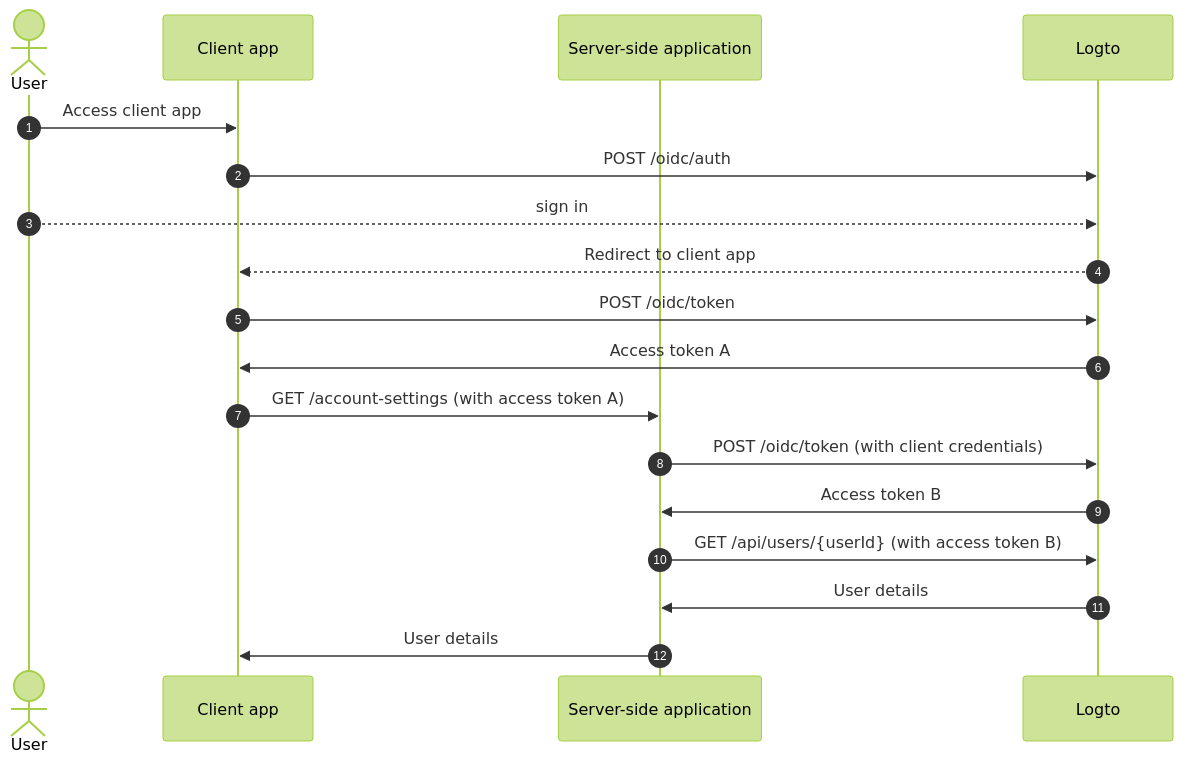
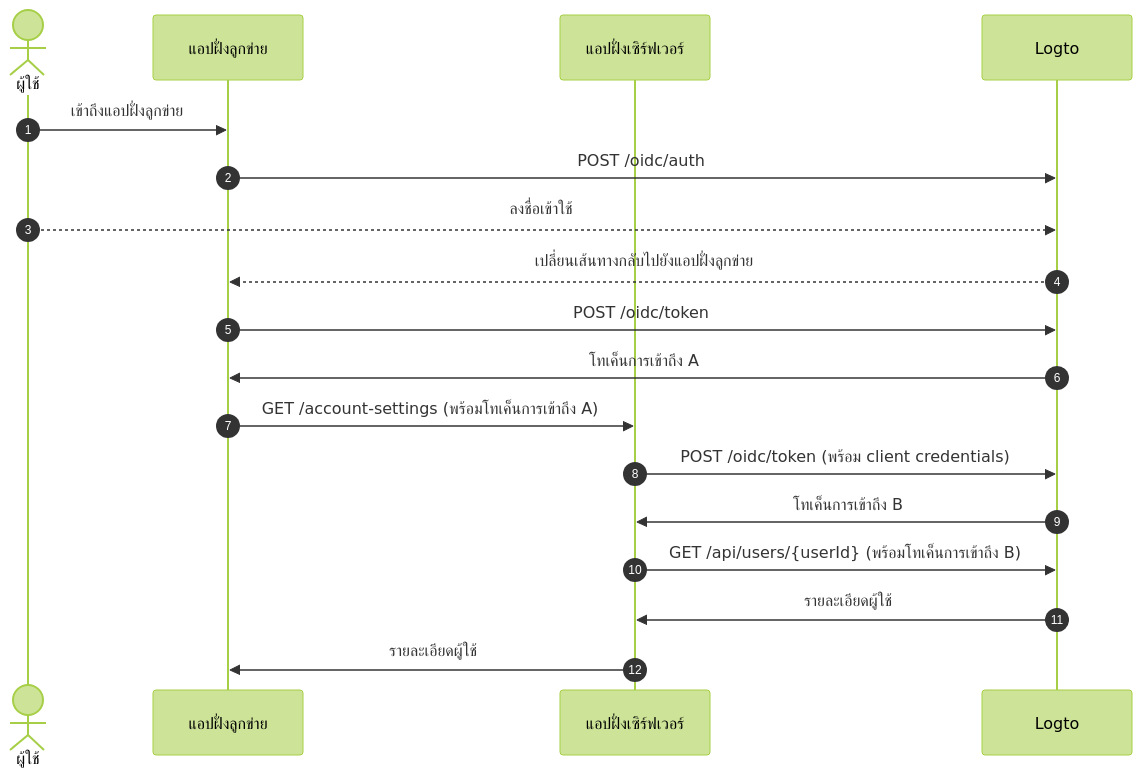
One commit to logto-io/docs changed the second of 3 diagrams in i18n/th/docusaurus-plugin-content-docs/current/end-user-flows/account-settings/by-management-api.mdx. Above: the diagram before and after it, drawn with Mermaid (forest theme). The commit also changed other lines of this file and 35 other files, not shown here.

````diff
--- a/i18n/th/docusaurus-plugin-content-docs/current/end-user-flows/account-settings/by-management-api.mdx
+++ b/i18n/th/docusaurus-plugin-content-docs/current/end-user-flows/account-settings/by-management-api.mdx
@@ -27,21 +27,21 @@
 ```mermaid
   sequenceDiagram
     autonumber
-    actor User as User
-    participant Client as Client app
-    participant Server as Server-side application
+    actor User as ผู้ใช้
+    participant Client as แอปฝั่งลูกข่าย
+    participant Server as แอปฝั่งเซิร์ฟเวอร์
     participant Logto as Logto
 
-    User ->> Client: Access client app
+    User ->> Client: เข้าถึงแอปฝั่งลูกข่าย
     Client ->> Logto: POST /oidc/auth
-    User -->> Logto: sign in
-    Logto -->> Client: Redirect to client app
+    User -->> Logto: ลงชื่อเข้าใช้
+    Logto -->> Client: เปลี่ยนเส้นทางกลับไปยังแอปฝั่งลูกข่าย
     Client ->> Logto: POST /oidc/token
-    Logto ->> Client: Access token A
-    Client ->> Server: GET /account-settings (with access token A)
-    Server ->> Logto: POST /oidc/token (with client credentials)
-    Logto ->> Server: Access token B
-    Server ->> Logto: GET /api/users/{userId} (with access token B)
-    Logto ->> Server: User details
-    Server ->> Client: User details
+    Logto ->> Client: โทเค็นการเข้าถึง A
+    Client ->> Server: GET /account-settings (พร้อมโทเค็นการเข้าถึง A)
+    Server ->> Logto: POST /oidc/token (พร้อม client credentials)
+    Logto ->> Server: โทเค็นการเข้าถึง B
+    Server ->> Logto: GET /api/users/{userId} (พร้อมโทเค็นการเข้าถึง B)
+    Logto ->> Server: รายละเอียดผู้ใช้
+    Server ->> Client: รายละเอียดผู้ใช้
 ```
````
